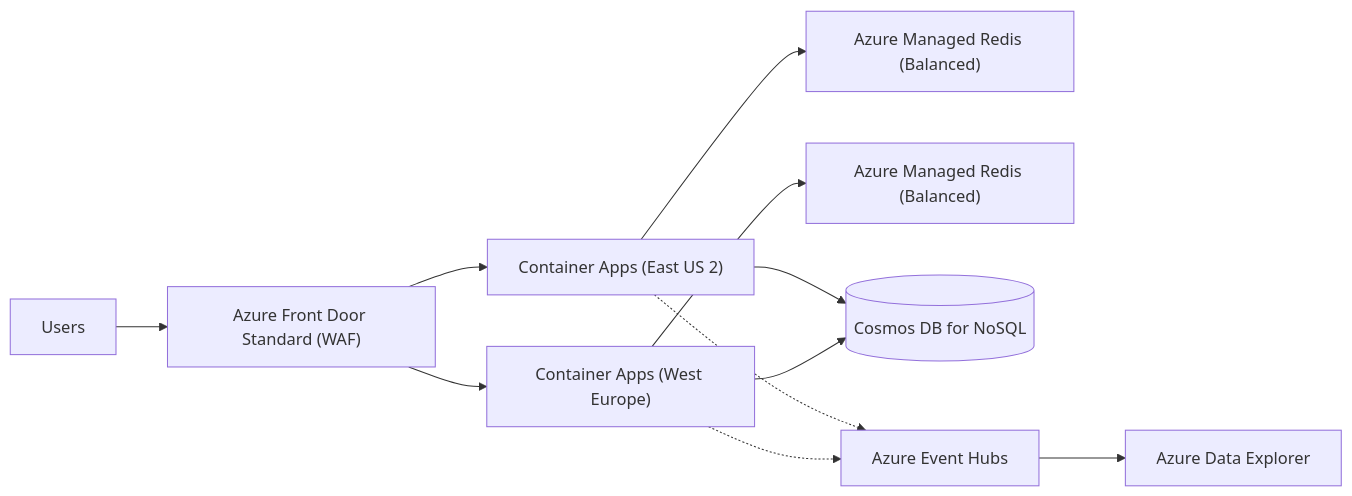
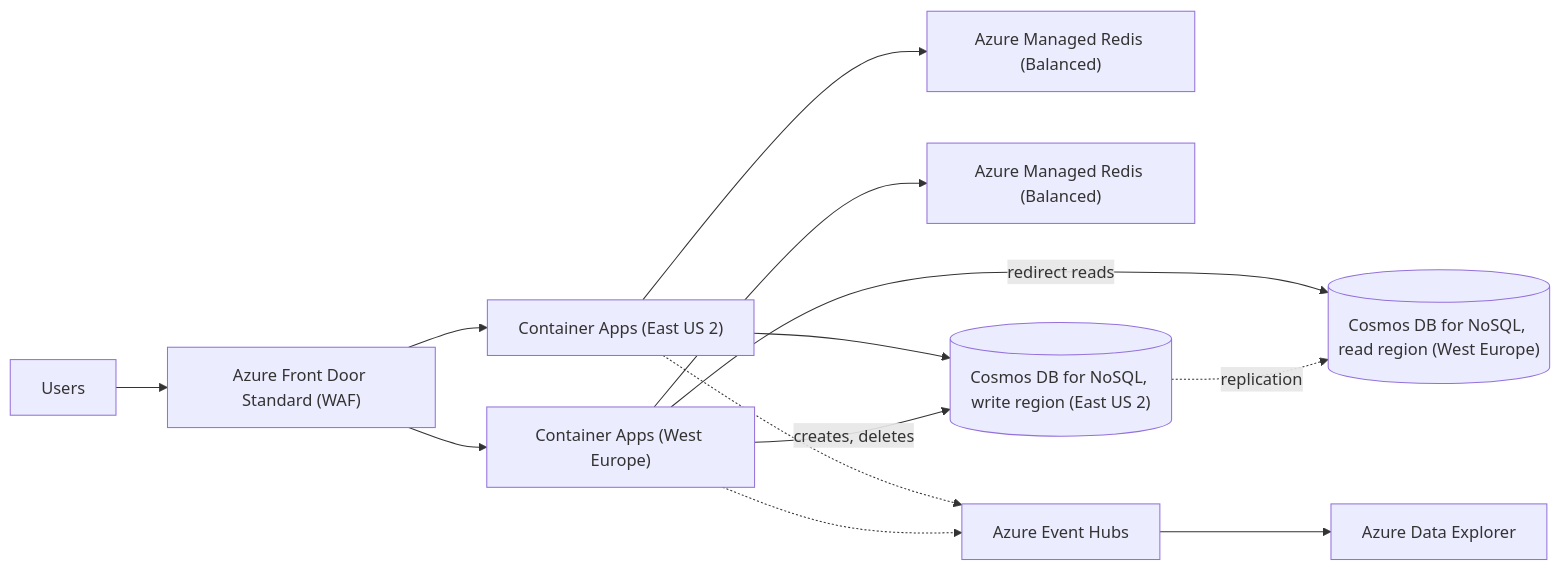
Before and after one commit to spabolu/system-design-modern: diagram 13 of 13 in docs/06-case-studies/url-shortener.md, drawn with Mermaid. The commit also changed other lines of this file, not shown here.

````diff
--- a/docs/06-case-studies/url-shortener.md
+++ b/docs/06-case-studies/url-shortener.md
@@ -145,13 +407,15 @@
 ```mermaid
 flowchart LR
   U[Users] --> FD["Azure Front Door Standard (WAF)"]
   FD --> CA1["Container Apps (East US 2)"]
   FD --> CA2["Container Apps (West Europe)"]
   CA1 --> R1["Azure Managed Redis (Balanced)"]
   CA2 --> R2["Azure Managed Redis (Balanced)"]
-  CA1 --> CDB[("Cosmos DB for NoSQL")]
-  CA2 --> CDB
+  CA1 --> CW[("Cosmos DB for NoSQL, write region (East US 2)")]
+  CA2 -->|"creates, deletes"| CW
+  CA2 -->|redirect reads| CR[("Cosmos DB for NoSQL, read region (West Europe)")]
+  CW -.->|replication| CR
   CA1 -.-> EH[Azure Event Hubs]
   CA2 -.-> EH
   EH --> ADX[Azure Data Explorer]
 ```
````
